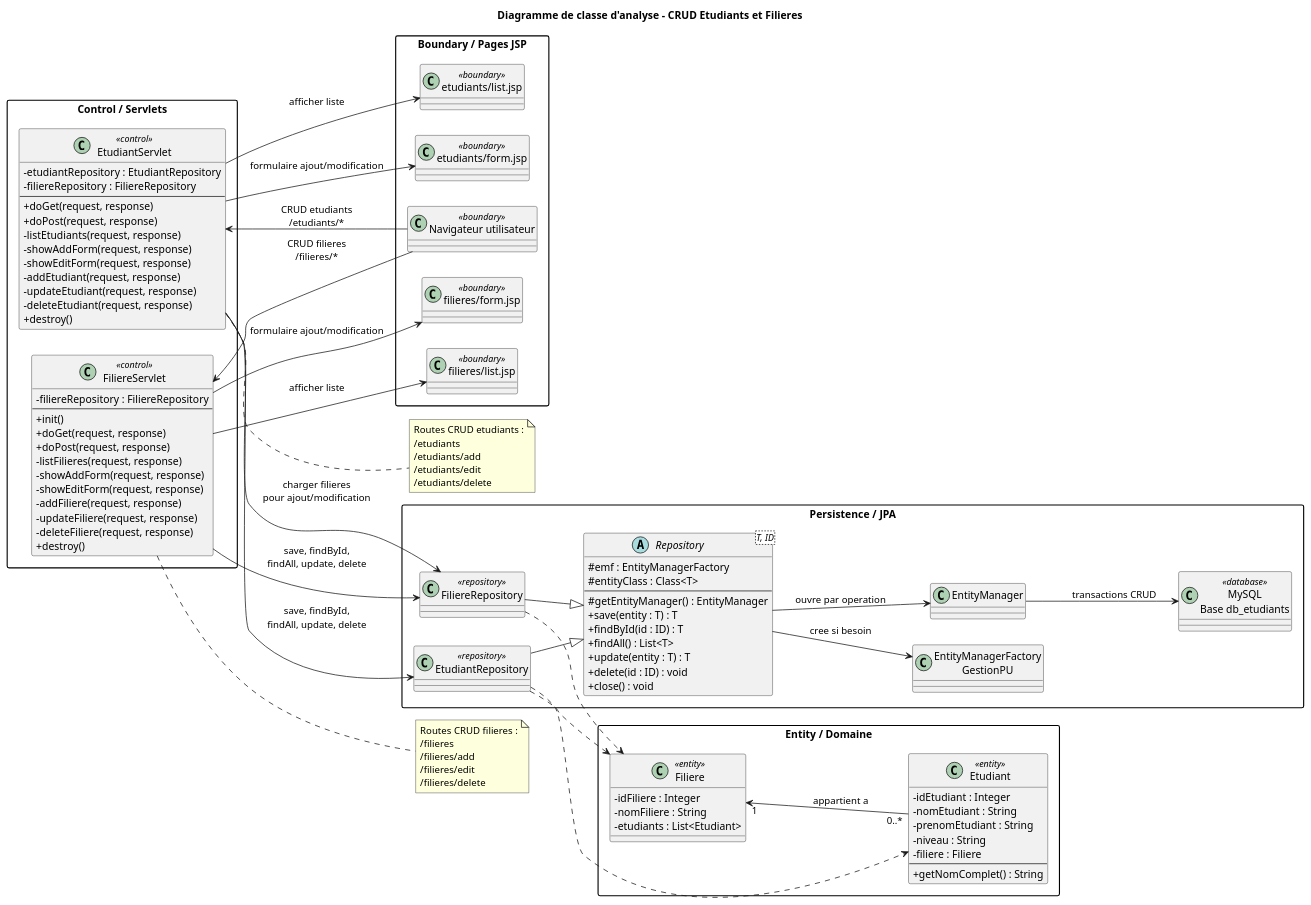
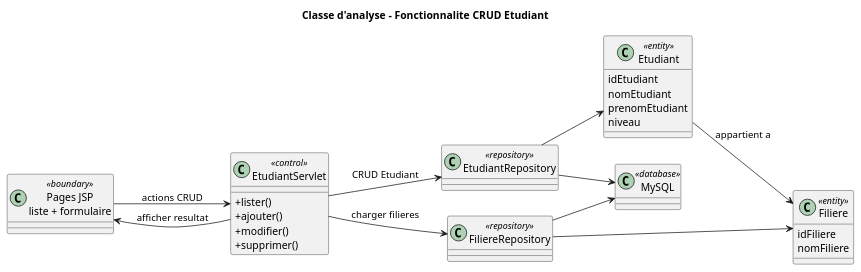
Before and after one commit to mehdidabaj/app-etudiant: the diagram in docs/uml/classe-analyse.puml, drawn with PlantUML. The commit also changed 12 other files, not shown here.

Commit message:
Simplify UML diagrams around student CRUD

```diff
--- a/docs/uml/classe-analyse.puml
+++ b/docs/uml/classe-analyse.puml
@@ -1,129 +1,45 @@
 @startuml
-title Diagramme de classe d'analyse - CRUD Etudiants et Filieres
+title Classe d'analyse - Fonctionnalite CRUD Etudiant
 
 skinparam classAttributeIconSize 0
 skinparam shadowing false
-skinparam packageStyle rectangle
 left to right direction
 
-package "Boundary / Pages JSP" {
-  class "Navigateur utilisateur" as Browser <<boundary>>
-  class "etudiants/list.jsp" as EtudiantListView <<boundary>>
-  class "etudiants/form.jsp" as EtudiantFormView <<boundary>>
-  class "filieres/list.jsp" as FiliereListView <<boundary>>
-  class "filieres/form.jsp" as FiliereFormView <<boundary>>
+class "Pages JSP\nliste + formulaire" as JSP <<boundary>>
+
+class EtudiantServlet <<control>> {
+  + lister()
+  + ajouter()
+  + modifier()
+  + supprimer()
 }
 
-package "Control / Servlets" {
-  class EtudiantServlet <<control>> {
-    - etudiantRepository : EtudiantRepository
-    - filiereRepository : FiliereRepository
-    --
-    + doGet(request, response)
-    + doPost(request, response)
-    - listEtudiants(request, response)
-    - showAddForm(request, response)
-    - showEditForm(request, response)
-    - addEtudiant(request, response)
-    - updateEtudiant(request, response)
-    - deleteEtudiant(request, response)
-    + destroy()
-  }
-
-  class FiliereServlet <<control>> {
-    - filiereRepository : FiliereRepository
-    --
-    + init()
-    + doGet(request, response)
-    + doPost(request, response)
-    - listFilieres(request, response)
-    - showAddForm(request, response)
-    - showEditForm(request, response)
-    - addFiliere(request, response)
-    - updateFiliere(request, response)
-    - deleteFiliere(request, response)
-    + destroy()
-  }
+class Etudiant <<entity>> {
+  idEtudiant
+  nomEtudiant
+  prenomEtudiant
+  niveau
 }
 
-package "Entity / Domaine" {
-  class Etudiant <<entity>> {
-    - idEtudiant : Integer
-    - nomEtudiant : String
-    - prenomEtudiant : String
-    - niveau : String
-    - filiere : Filiere
-    --
-    + getNomComplet() : String
-  }
-
-  class Filiere <<entity>> {
-    - idFiliere : Integer
-    - nomFiliere : String
-    - etudiants : List<Etudiant>
-  }
+class Filiere <<entity>> {
+  idFiliere
+  nomFiliere
 }
 
-package "Persistence / JPA" {
-  abstract class "Repository<T, ID>" as Repository {
-    # emf : EntityManagerFactory
-    # entityClass : Class<T>
-    --
-    # getEntityManager() : EntityManager
-    + save(entity : T) : T
-    + findById(id : ID) : T
-    + findAll() : List<T>
-    + update(entity : T) : T
-    + delete(id : ID) : void
-    + close() : void
-  }
+class EtudiantRepository <<repository>>
+class FiliereRepository <<repository>>
+class "MySQL" as DB <<database>>
 
-  class EtudiantRepository <<repository>>
-  class FiliereRepository <<repository>>
-  class "EntityManagerFactory\nGestionPU" as EMF
-  class "EntityManager" as EM
-  class "MySQL\nBase db_etudiants" as DB <<database>>
-}
+JSP --> EtudiantServlet : actions CRUD
+EtudiantServlet --> JSP : afficher resultat
+EtudiantServlet --> EtudiantRepository : CRUD Etudiant
+EtudiantServlet --> FiliereRepository : charger filieres
 
-Browser --> EtudiantServlet : CRUD etudiants\n/etudiants/*
-Browser --> FiliereServlet : CRUD filieres\n/filieres/*
+EtudiantRepository --> Etudiant
+FiliereRepository --> Filiere
+Etudiant --> Filiere : appartient a
 
-EtudiantServlet --> EtudiantListView : afficher liste
-EtudiantServlet --> EtudiantFormView : formulaire ajout/modification
-FiliereServlet --> FiliereListView : afficher liste
-FiliereServlet --> FiliereFormView : formulaire ajout/modification
-
-EtudiantServlet --> EtudiantRepository : save, findById,\nfindAll, update, delete
-EtudiantServlet --> FiliereRepository : charger filieres\npour ajout/modification
-FiliereServlet --> FiliereRepository : save, findById,\nfindAll, update, delete
-
-EtudiantRepository --|> Repository
-FiliereRepository --|> Repository
-
-EtudiantRepository ..> Etudiant
-EtudiantRepository ..> Filiere
-FiliereRepository ..> Filiere
-
-Filiere "1" <-- "0..*" Etudiant : appartient a
-
-Repository --> EMF : cree si besoin
-Repository --> EM : ouvre par operation
-EM --> DB : transactions CRUD
-
-note right of EtudiantServlet
-  Routes CRUD etudiants :
-  /etudiants
-  /etudiants/add
-  /etudiants/edit
-  /etudiants/delete
-end note
-
-note right of FiliereServlet
-  Routes CRUD filieres :
-  /filieres
-  /filieres/add
-  /filieres/edit
-  /filieres/delete
-end note
+EtudiantRepository --> DB
+FiliereRepository --> DB
 
 @enduml
```
